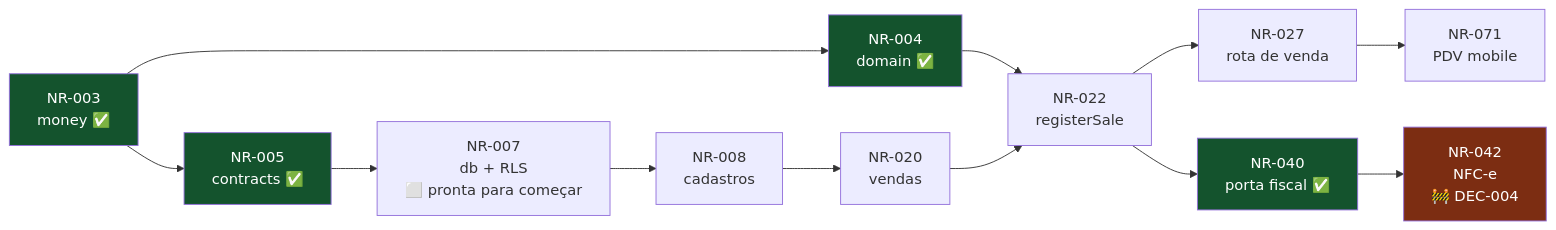
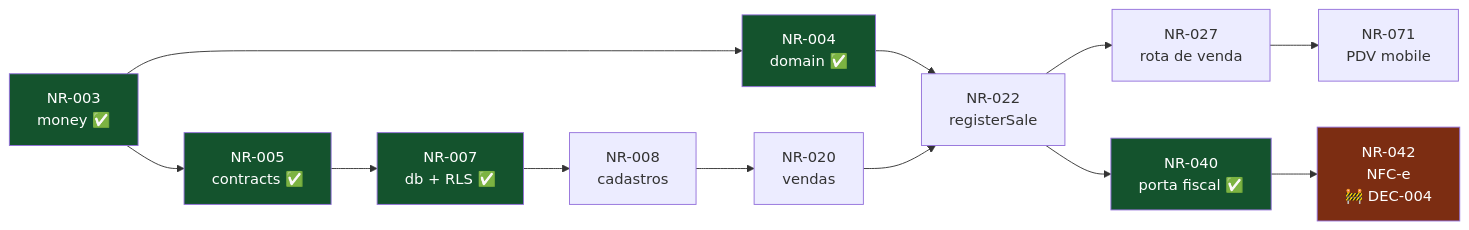
One commit to glevi2004/na-regua changed the diagram in docs/processo/task-ledger.md. Above: the diagram before and after it, drawn with Mermaid. The commit also changed other lines of this file and 17 other files, not shown here.

````diff
--- a/docs/processo/task-ledger.md
+++ b/docs/processo/task-ledger.md
@@ -178,20 +178,21 @@
 ```mermaid
 flowchart LR
     N3["NR-003<br/>money ✅"] --> N4["NR-004<br/>domain ✅"]
     N3 --> N5["NR-005<br/>contracts ✅"]
-    N5 --> N7["NR-007<br/>db + RLS<br/>⬜ pronta para começar"]
+    N5 --> N7["NR-007<br/>db + RLS ✅"]
     N7 --> N8["NR-008<br/>cadastros"]
     N8 --> N20["NR-020<br/>vendas"]
     N4 --> N22
     N20 --> N22["NR-022<br/>registerSale"]
     N22 --> N27["NR-027<br/>rota de venda"]
     N27 --> N71["NR-071<br/>PDV mobile"]
     N22 --> N40["NR-040<br/>porta fiscal ✅"]
     N40 --> N42["NR-042<br/>NFC-e<br/>🚧 DEC-004"]
 
     style N42 fill:#7c2d12,color:#fff
     style N3 fill:#14532d,color:#fff
     style N4 fill:#14532d,color:#fff
     style N5 fill:#14532d,color:#fff
     style N40 fill:#14532d,color:#fff
+    style N7 fill:#14532d,color:#fff
 ```
````
